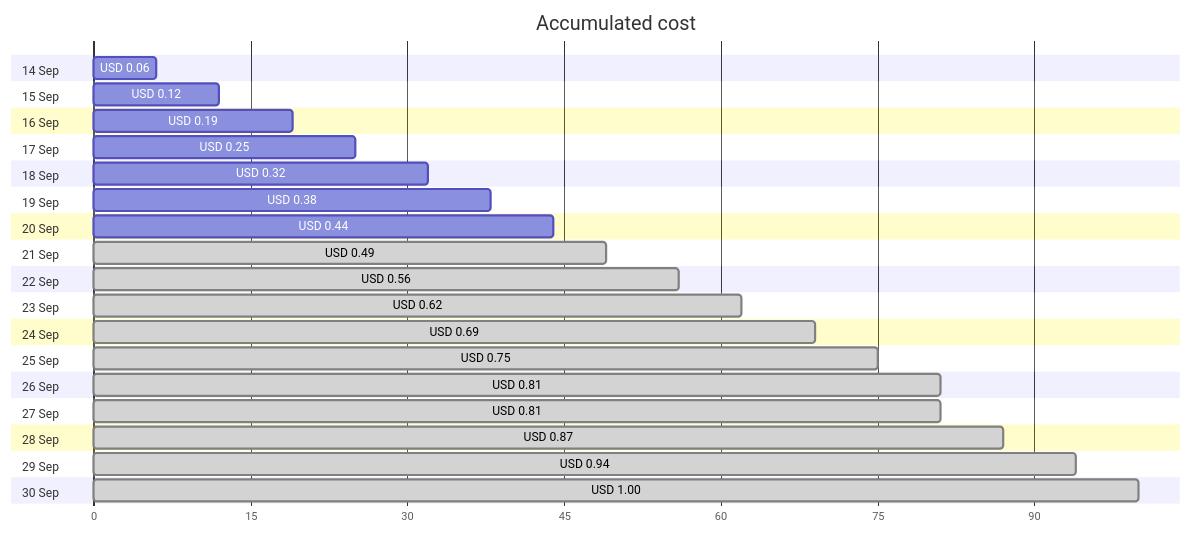
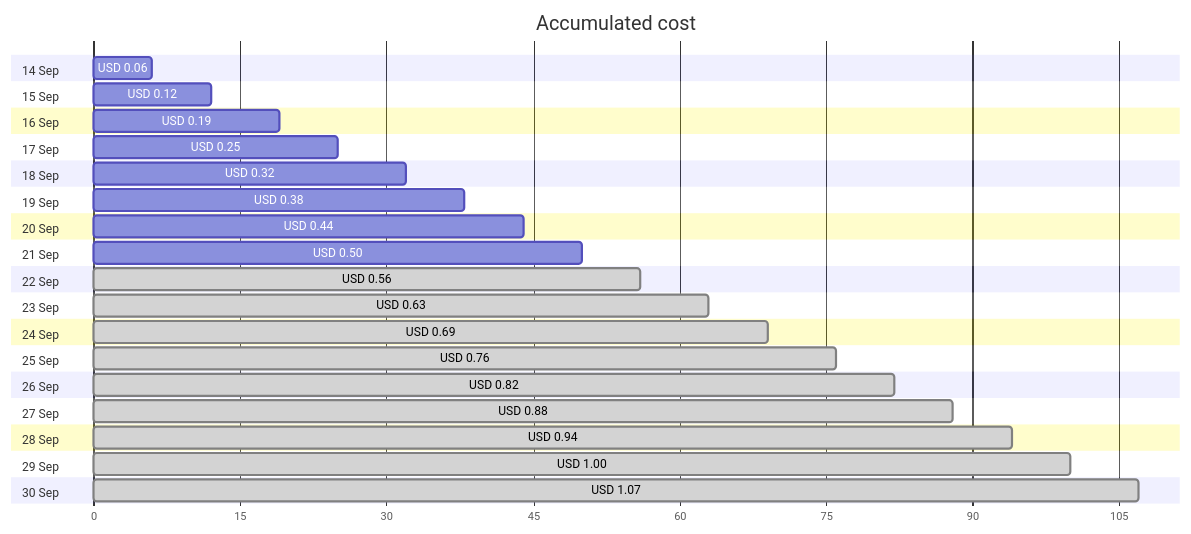
Before and after one commit to jpfulton/azure-personal-reports: the first of 4 diagrams in cost-reports/personal-network/backup-server_OsDisk.md, drawn with Mermaid. The commit also changed other lines of this file and 9 other files, not shown here.

````diff
--- a/cost-reports/personal-network/backup-server_OsDisk.md
+++ b/cost-reports/personal-network/backup-server_OsDisk.md
@@ -20,40 +20,40 @@
 ```mermaid
 gantt
    title Accumulated cost
    dateFormat  X
    axisFormat %s
    section 14 Sep
    USD 0.06 :0, 6
    section 15 Sep
    USD 0.12 :0, 12
    section 16 Sep
    USD 0.19 :0, 19
    section 17 Sep
    USD 0.25 :0, 25
    section 18 Sep
    USD 0.32 :0, 32
    section 19 Sep
    USD 0.38 :0, 38
    section 20 Sep
    USD 0.44 :0, 44
    section 21 Sep
-   USD 0.49 : done, 0, 49
+   USD 0.50 :0, 50
    section 22 Sep
    USD 0.56 : done, 0, 56
    section 23 Sep
-   USD 0.62 : done, 0, 62
+   USD 0.63 : done, 0, 63
    section 24 Sep
    USD 0.69 : done, 0, 69
    section 25 Sep
-   USD 0.75 : done, 0, 75
+   USD 0.76 : done, 0, 76
    section 26 Sep
-   USD 0.81 : done, 0, 81
+   USD 0.82 : done, 0, 82
    section 27 Sep
-   USD 0.81 : done, 0, 81
+   USD 0.88 : done, 0, 88
    section 28 Sep
-   USD 0.87 : done, 0, 87
+   USD 0.94 : done, 0, 94
    section 29 Sep
-   USD 0.94 : done, 0, 94
+   USD 1.00 : done, 0, 100
    section 30 Sep
-   USD 1.00 : done, 0, 100
+   USD 1.07 : done, 0, 107
 ```
````
